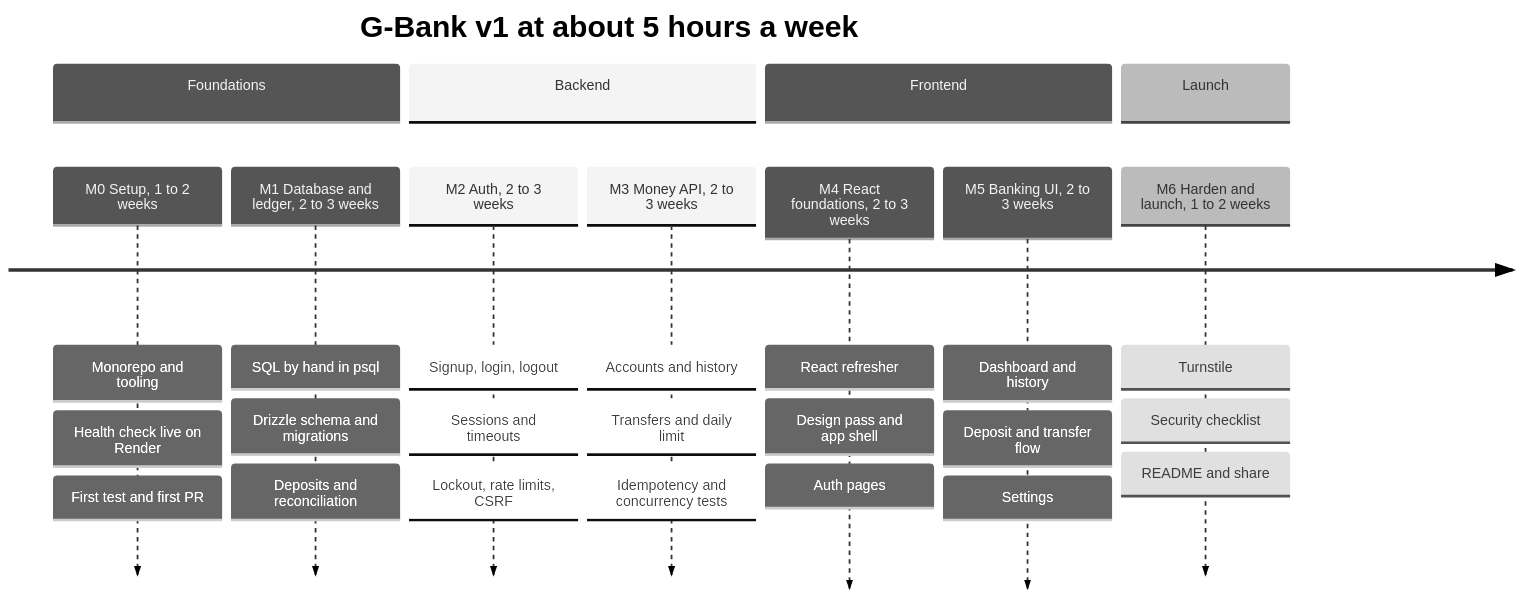
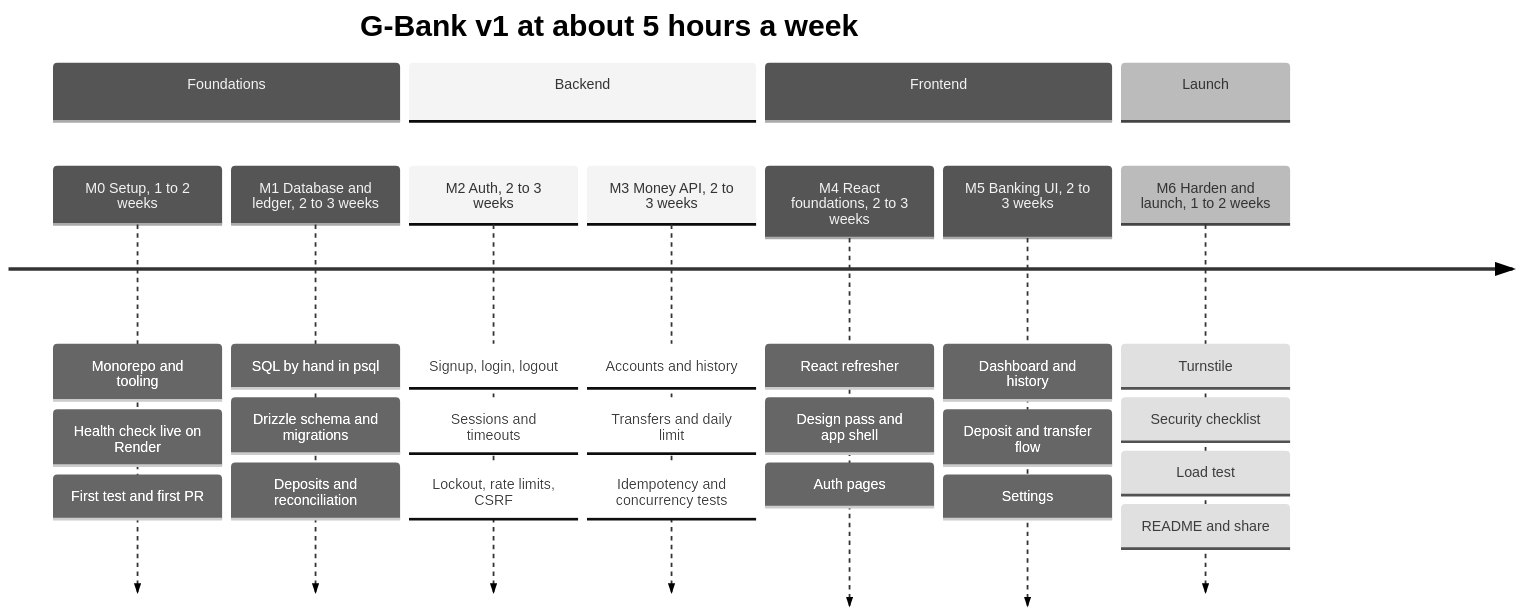
The first of 2 diagrams in docs/10-roadmap.md (GodfredArhinful/g-bank), drawn with Mermaid (neutral theme) before and after one commit. The commit also changed other lines of this file and 4 other files, not shown here.

````diff
--- a/docs/10-roadmap.md
+++ b/docs/10-roadmap.md
@@ -5,15 +5,15 @@
 ```mermaid
 timeline
     title G-Bank v1 at about 5 hours a week
     section Foundations
         M0 Setup, 1 to 2 weeks : Monorepo and tooling : Health check live on Render : First test and first PR
         M1 Database and ledger, 2 to 3 weeks : SQL by hand in psql : Drizzle schema and migrations : Deposits and reconciliation
     section Backend
         M2 Auth, 2 to 3 weeks : Signup, login, logout : Sessions and timeouts : Lockout, rate limits, CSRF
         M3 Money API, 2 to 3 weeks : Accounts and history : Transfers and daily limit : Idempotency and concurrency tests
     section Frontend
         M4 React foundations, 2 to 3 weeks : React refresher : Design pass and app shell : Auth pages
         M5 Banking UI, 2 to 3 weeks : Dashboard and history : Deposit and transfer flow : Settings
     section Launch
-        M6 Harden and launch, 1 to 2 weeks : Turnstile : Security checklist : README and share
+        M6 Harden and launch, 1 to 2 weeks : Turnstile : Security checklist : Load test : README and share
 ```
````
